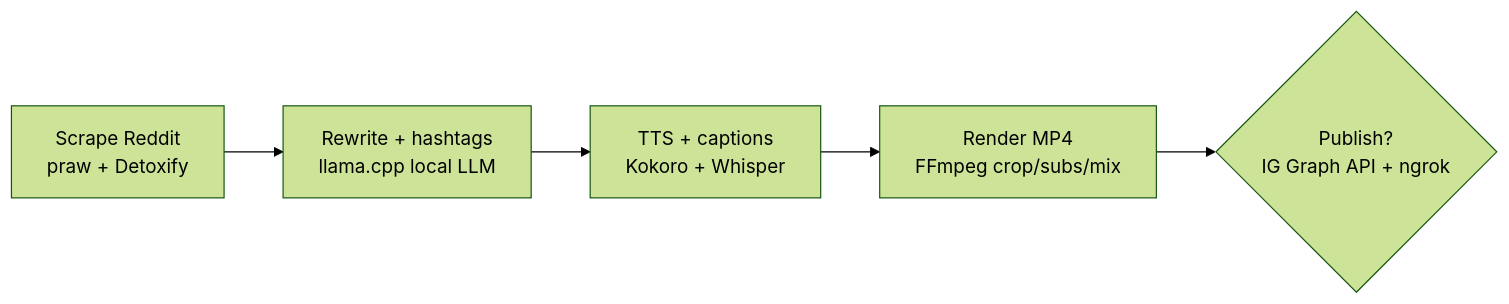
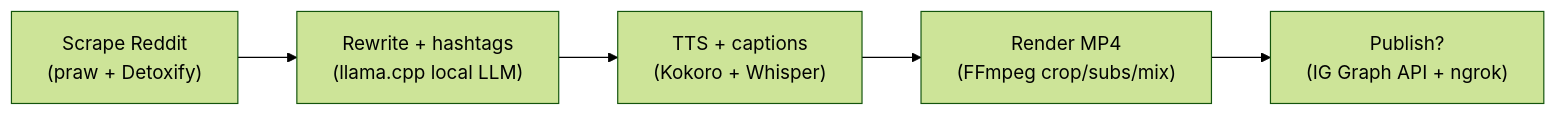
One commit to Razpines/reels_factory changed the diagram in docs/architecture.md. Above: the diagram before and after it, drawn with Mermaid (forest theme). The commit also changed 1 other file, not shown here.

Commit message:
Fix mermaid diagrams for GitHub rendering

````diff
--- a/docs/architecture.md
+++ b/docs/architecture.md
@@ -5,7 +5,7 @@
 ```mermaid
 flowchart LR
-    A[Scrape Reddit\npraw + Detoxify] --> B[Rewrite + hashtags\nllama.cpp local LLM]
-    B --> C[TTS + captions\nKokoro + Whisper]
-    C --> D[Render MP4\nFFmpeg crop/subs/mix]
-    D --> E{Publish?\nIG Graph API + ngrok}
+    A["Scrape Reddit<br/>(praw + Detoxify)"] --> B["Rewrite + hashtags<br/>(llama.cpp local LLM)"]
+    B --> C["TTS + captions<br/>(Kokoro + Whisper)"]
+    C --> D["Render MP4<br/>(FFmpeg crop/subs/mix)"]
+    D --> E["Publish?<br/>(IG Graph API + ngrok)"]
 ```
````
